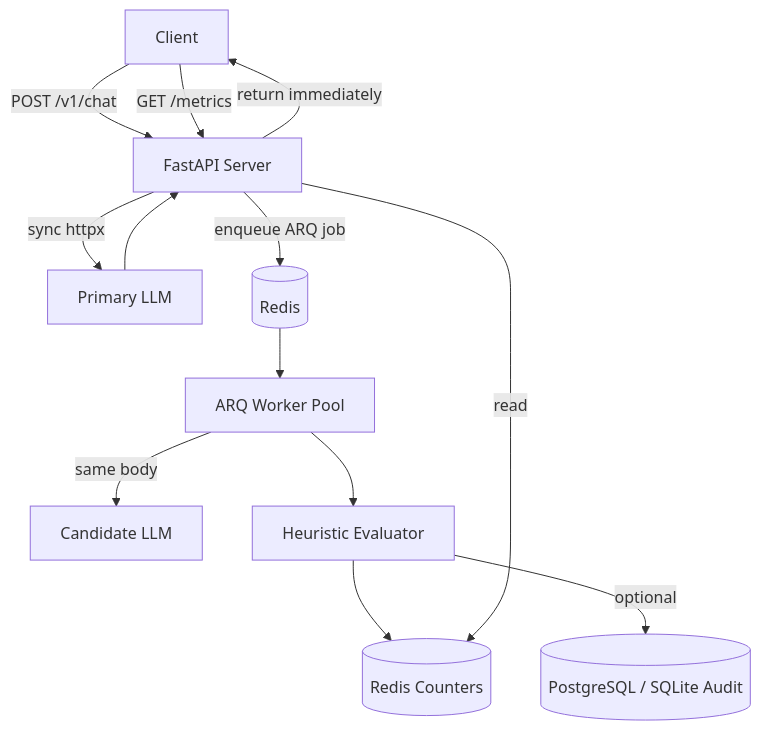
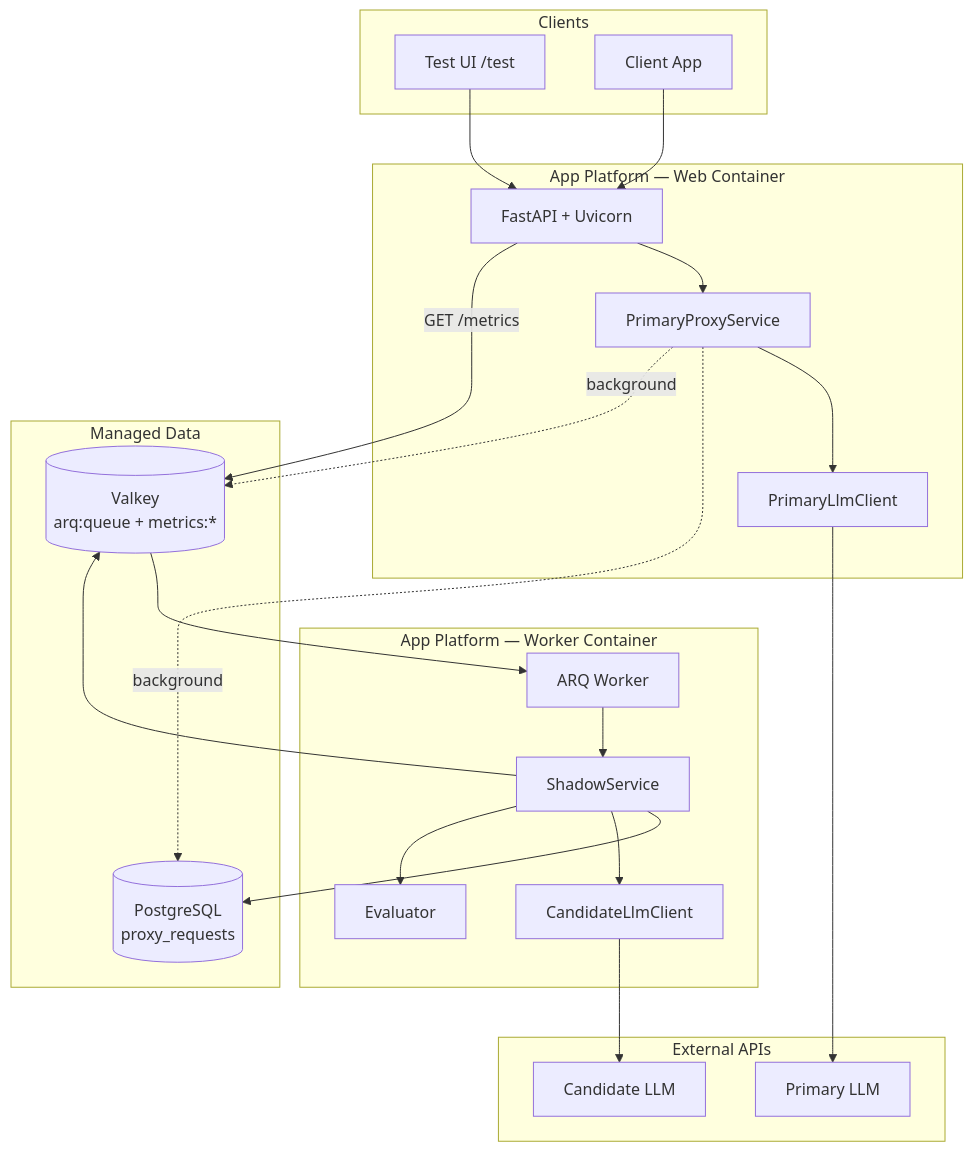
The second of 4 diagrams in docs/ARCHITECTURE.md (asthana22/shadow-llm-evaluator), drawn with Mermaid before and after one commit. The commit also changed other lines of this file and 4 other files, not shown here.

````diff
--- a/docs/ARCHITECTURE.md
+++ b/docs/ARCHITECTURE.md
@@ -5,18 +28,49 @@
 ```mermaid
 flowchart TB
-    Client -->|POST /v1/chat| API[FastAPI Server]
-    Client -->|GET /metrics| API
+    subgraph Clients
+        Browser[Test UI /test]
+        App[Client App]
+    end
 
-    API -->|sync httpx| Primary[Primary LLM]
-    Primary --> API
-    API -->|return immediately| Client
+    subgraph "App Platform — Web Container"
+        FastAPI[FastAPI + Uvicorn]
+        ProxySvc[PrimaryProxyService]
+        LLMClient[PrimaryLlmClient]
+    end
 
-    API -->|enqueue ARQ job| Queue[(Redis)]
-    Queue --> Worker[ARQ Worker Pool]
-    Worker -->|same body| Candidate[Candidate LLM]
-    Worker --> Evaluator[Heuristic Evaluator]
-    Evaluator --> Metrics[(Redis Counters)]
-    Evaluator -->|optional| PG[(PostgreSQL / SQLite Audit)]
+    subgraph "App Platform — Worker Container"
+        ARQ[ARQ Worker]
+        ShadowSvc[ShadowService]
+        CandClient[CandidateLlmClient]
+        Eval[Evaluator]
+    end
 
-    API -->|read| Metrics
+    subgraph "Managed Data"
+        PG[(PostgreSQL<br/>proxy_requests)]
+        VK[(Valkey<br/>arq:queue + metrics:*)]
+    end
+
+    subgraph "External APIs"
+        Primary[Primary LLM]
+        Candidate[Candidate LLM]
+    end
+
+    Browser --> FastAPI
+    App --> FastAPI
+    FastAPI --> ProxySvc
+    ProxySvc --> LLMClient
+    LLMClient --> Primary
+
+    ProxySvc -.->|background| PG
+    ProxySvc -.->|background| VK
+
+    VK --> ARQ
+    ARQ --> ShadowSvc
+    ShadowSvc --> PG
+    ShadowSvc --> CandClient
+    CandClient --> Candidate
+    ShadowSvc --> Eval
+    ShadowSvc --> VK
+
+    FastAPI -->|GET /metrics| VK
 ```
````
